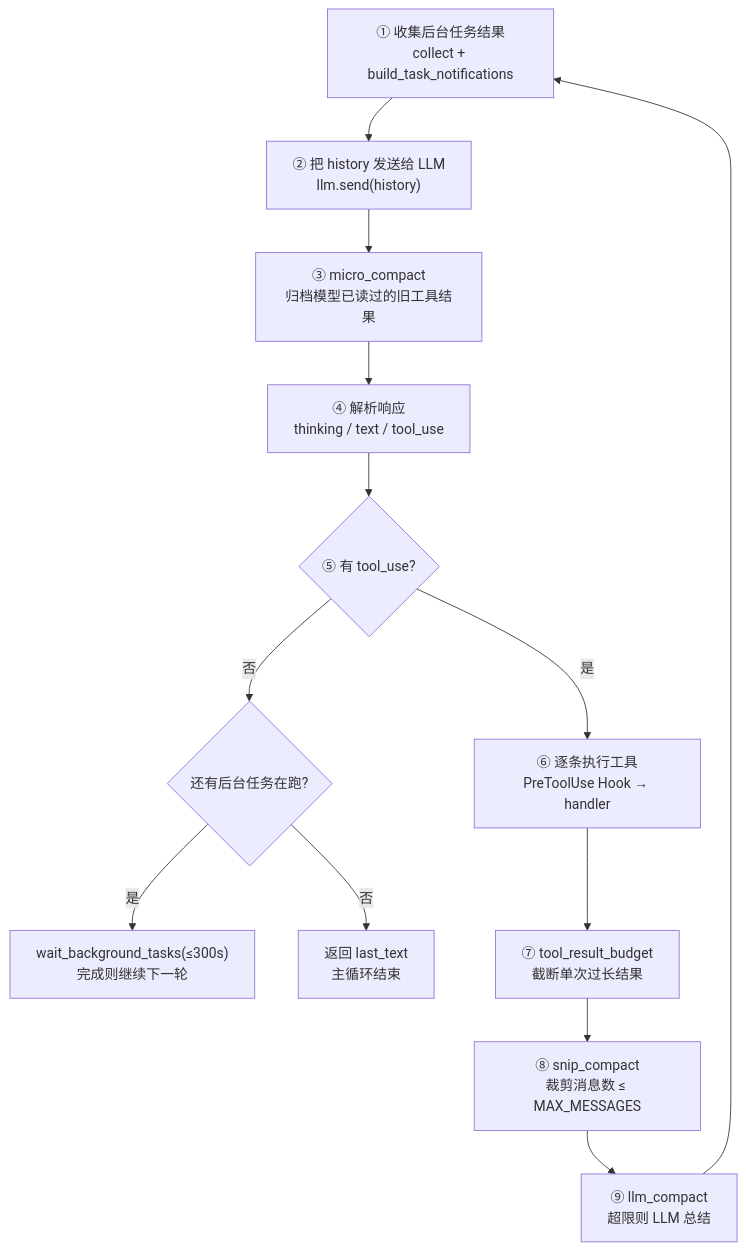
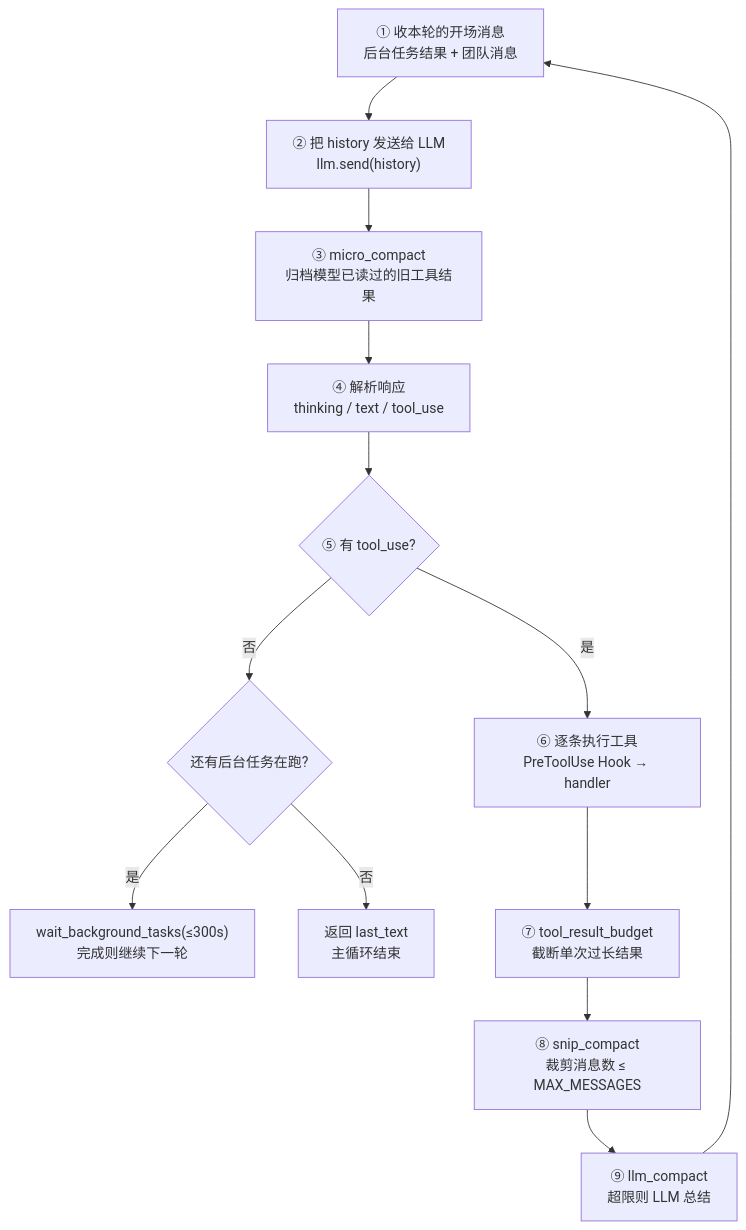
One commit to mjh134/claude_mini changed the diagram in PROJECT_REPORT.md. Above: the diagram before and after it, drawn with Mermaid. The commit also changed other lines of this file and 2 other files, not shown here.

````diff
--- a/PROJECT_REPORT.md
+++ b/PROJECT_REPORT.md
@@ -162,15 +188,15 @@
 ```mermaid
 flowchart TD
-    A["① 收集后台任务结果<br/>collect + build_task_notifications"] --> B["② 把 history 发送给 LLM<br/>llm.send(history)"]
+    A["① 收本轮的开场消息<br/>后台任务结果 + 团队消息"] --> B["② 把 history 发送给 LLM<br/>llm.send(history)"]
     B --> C["③ micro_compact<br/>归档模型已读过的旧工具结果"]
     C --> D["④ 解析响应<br/>thinking / text / tool_use"]
     D --> E{"⑤ 有 tool_use?"}
     E -- "否" --> F{"还有后台任务在跑?"}
     F -- "是" --> G["wait_background_tasks(≤300s)<br/>完成则继续下一轮"]
     F -- "否" --> H["返回 last_text<br/>主循环结束"]
     E -- "是" --> I["⑥ 逐条执行工具<br/>PreToolUse Hook → handler"]
     I --> J["⑦ tool_result_budget<br/>截断单次过长结果"]
     J --> K["⑧ snip_compact<br/>裁剪消息数 ≤ MAX_MESSAGES"]
     K --> L["⑨ llm_compact<br/>超限则 LLM 总结"]
     L --> A
 ```
````
